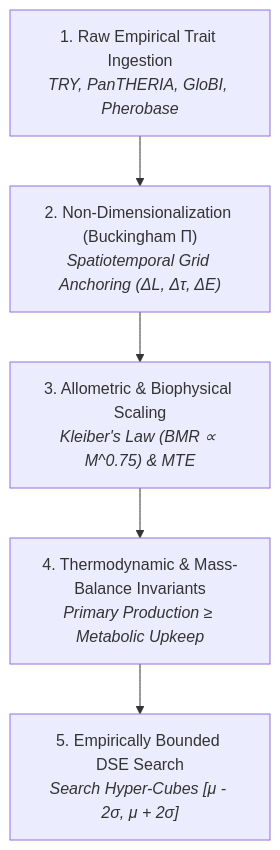
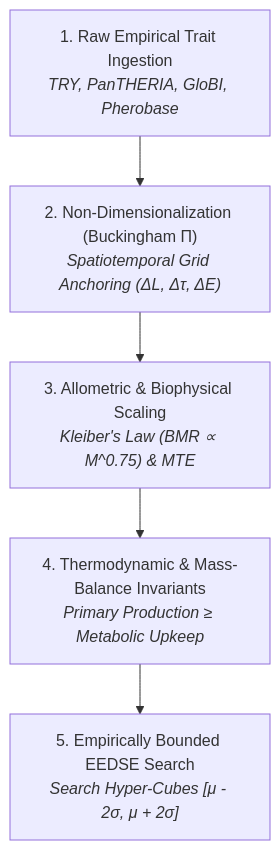
One commit to foersben/PHIDS changed the diagram in docs/scientific_model/future_prospects/parameter_calibration_strategy.md. Above: the diagram before and after it, drawn with Mermaid. The commit also changed other lines of this file and 220 other files, not shown here.

First line of the commit message:
release: v0.10.0 - OpenMP JIT Parallelization, Subnormal FTZ Optimizations & Stage 1B Roadmap

````diff
--- a/docs/scientific_model/future_prospects/parameter_calibration_strategy.md
+++ b/docs/scientific_model/future_prospects/parameter_calibration_strategy.md
@@ -41,7 +41,7 @@
 ```mermaid
 flowchart TD
     RawDB["1. Raw Empirical Trait Ingestion<br><i>TRY, PanTHERIA, GloBI, Pherobase</i>"] --> NonDim["2. Non-Dimensionalization (Buckingham Π)<br><i>Spatiotemporal Grid Anchoring (ΔL, Δτ, ΔE)</i>"]
     NonDim --> Allometric["3. Allometric & Biophysical Scaling<br><i>Kleiber's Law (BMR ∝ M^0.75) & MTE</i>"]
     Allometric --> Invariants["4. Thermodynamic & Mass-Balance Invariants<br><i>Primary Production ≥ Metabolic Upkeep</i>"]
-    Invariants --> BoundedDSE["5. Empirically Bounded DSE Search<br><i>Search Hyper-Cubes [μ - 2σ, μ + 2σ]</i>"]
+    Invariants --> BoundedDSE["5. Empirically Bounded EEDSE Search<br><i>Search Hyper-Cubes [μ - 2σ, μ + 2σ]</i>"]
 ```
````
